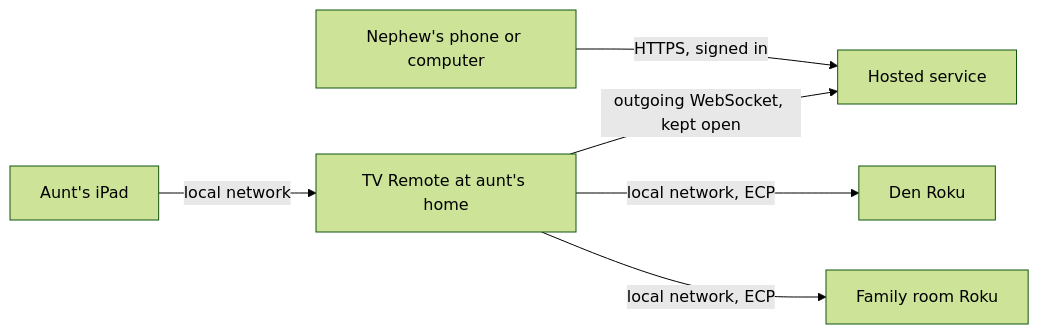
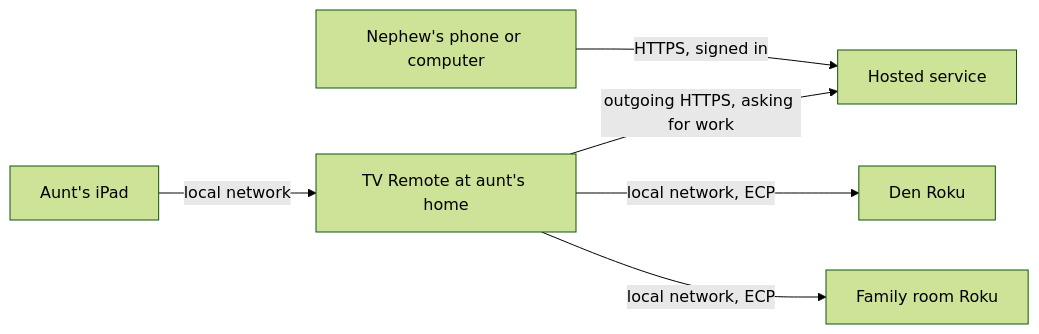
The diagram in docs/HOSTED-DESIGN.md (jwballing1/roku-remote), drawn with Mermaid (forest theme) before and after one commit. The commit also changed other lines of this file and 18 other files, not shown here.

````diff
--- a/docs/HOSTED-DESIGN.md
+++ b/docs/HOSTED-DESIGN.md
@@ -36,8 +53,8 @@
 ```mermaid
 flowchart LR
   N[Nephew's phone or computer] -- HTTPS, signed in --> S[Hosted service]
-  H[TV Remote at aunt's home] -- outgoing WebSocket, kept open --> S
+  H[TV Remote at aunt's home] -- outgoing HTTPS, asking for work --> S
   H -- local network, ECP --> R1[Den Roku]
   H -- local network, ECP --> R2[Family room Roku]
   A[Aunt's iPad] -- local network --> H
 ```
````
